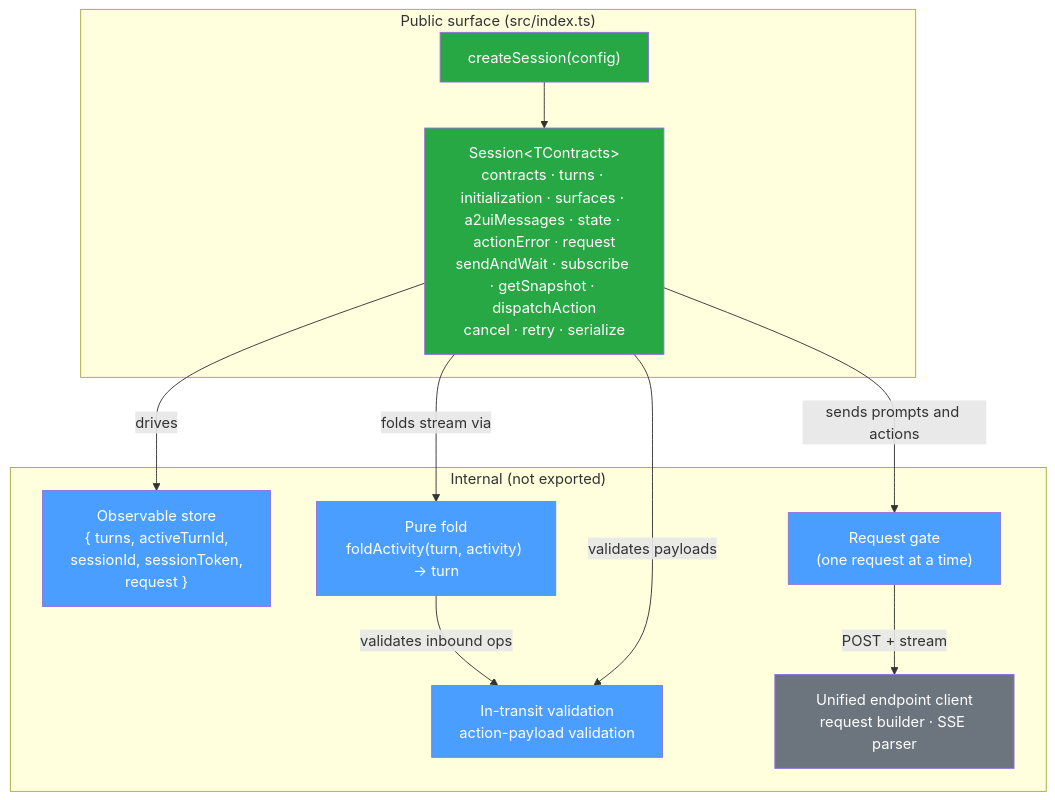
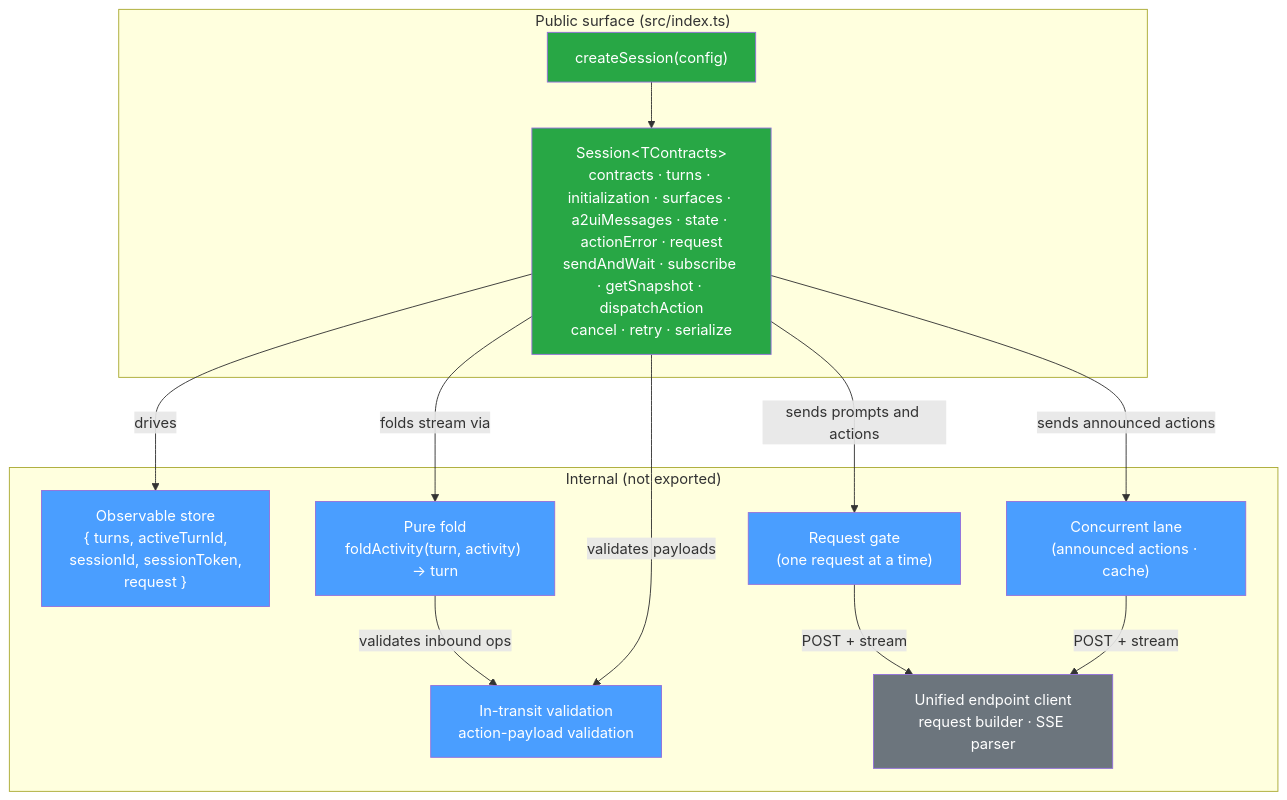
Before and after one commit to coveo/ui-kit: the first of 2 diagrams in packages/thermidor/docs/architecture.md, drawn with Mermaid. The commit also changed other lines of this file and 13 other files, not shown here.

First line of the commit message:
feat(thermidor): cache and concurrently send producer-announced actions j:KIT-6472

````diff
--- a/packages/thermidor/docs/architecture.md
+++ b/packages/thermidor/docs/architecture.md
@@ -17,31 +17,35 @@
 ```mermaid
 graph TB
     subgraph "Public surface (src/index.ts)"
         CS["createSession(config)"]
         SESSION["Session&lt;TContracts&gt;<br/>contracts · turns · initialization · surfaces · a2uiMessages · state · actionError · request<br/>sendAndWait · subscribe · getSnapshot · dispatchAction<br/>cancel · retry · serialize"]
     end
 
     subgraph "Internal (not exported)"
         STORE["Observable store<br/>{ turns, activeTurnId,<br/>sessionId, sessionToken,<br/>request }"]
         FOLD["Pure fold<br/>foldActivity(turn, activity) → turn"]
         VALID["In-transit validation<br/>action-payload validation"]
         GATE["Request gate<br/>(one request at a time)"]
+        LANE["Concurrent lane<br/>(announced actions · cache)"]
         API["Unified endpoint client<br/>request builder · SSE parser"]
     end
 
     CS --> SESSION
     SESSION -->|drives| STORE
     SESSION -->|folds stream via| FOLD
     FOLD -->|validates inbound ops| VALID
     SESSION -->|validates payloads| VALID
     SESSION -->|sends prompts and actions| GATE
     GATE -->|POST + stream| API
+    SESSION -->|sends announced actions| LANE
+    LANE -->|POST + stream| API
 
     style CS fill:#28a745,color:#fff
     style SESSION fill:#28a745,color:#fff
     style STORE fill:#4a9eff,color:#fff
     style FOLD fill:#4a9eff,color:#fff
     style VALID fill:#4a9eff,color:#fff
     style GATE fill:#4a9eff,color:#fff
+    style LANE fill:#4a9eff,color:#fff
     style API fill:#6c757d,color:#fff
 ```
````
